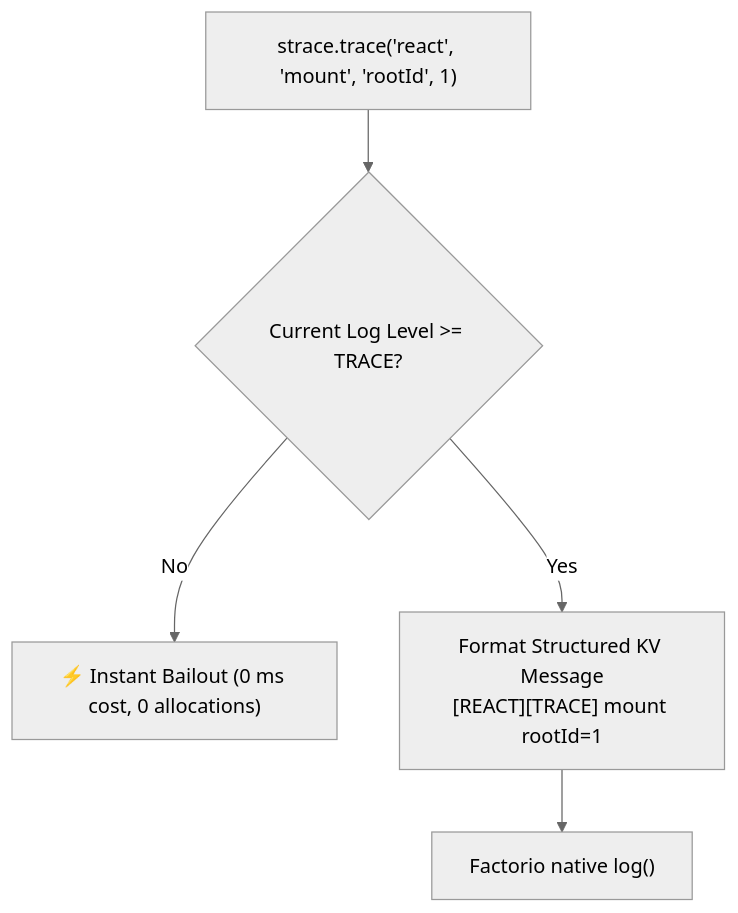
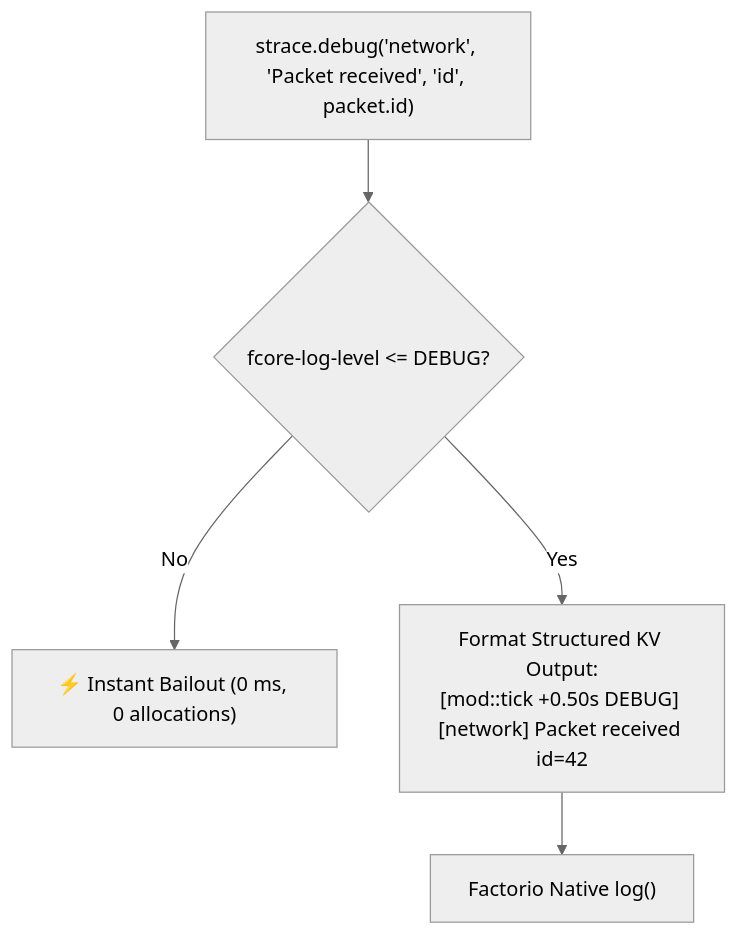
Before and after one commit to VladislavPrimakov/mods_factorio: the first of 2 diagrams in website/src/content/docs/patterns/strace.md, drawn with Mermaid (neutral theme). The commit also changed other lines of this file and 45 other files, not shown here.

First line of the commit message:
fcore v1.0.1, website: modernize style system, expand react hooks & documentation

````diff
--- a/website/src/content/docs/patterns/strace.md
+++ b/website/src/content/docs/patterns/strace.md
@@ -22,10 +24,10 @@
 ```mermaid
 flowchart TD
-    Call["strace.trace('react', 'mount', 'rootId', 1)"]
-    Check{"Current Log Level >= TRACE?"}
+    Call["strace.debug('network', 'Packet received', 'id', packet.id)"]
+    Check{"fcore-log-level <= DEBUG?"}
     
     Call --> Check
-    Check -- No --> Bailout["⚡ Instant Bailout (0 ms cost, 0 allocations)"]
-    Check -- Yes --> Format["Format Structured KV Message\n[REACT][TRACE] mount rootId=1"]
-    Format --> Output["Factorio native log()"]
+    Check -- No --> Bailout["⚡ Instant Bailout (0 ms, 0 allocations)"]
+    Check -- Yes --> Format["Format Structured KV Output:\n[mod::tick +0.50s DEBUG] [network] Packet received id=42"]
+    Format --> Output["Factorio Native log()"]
 ```
````
